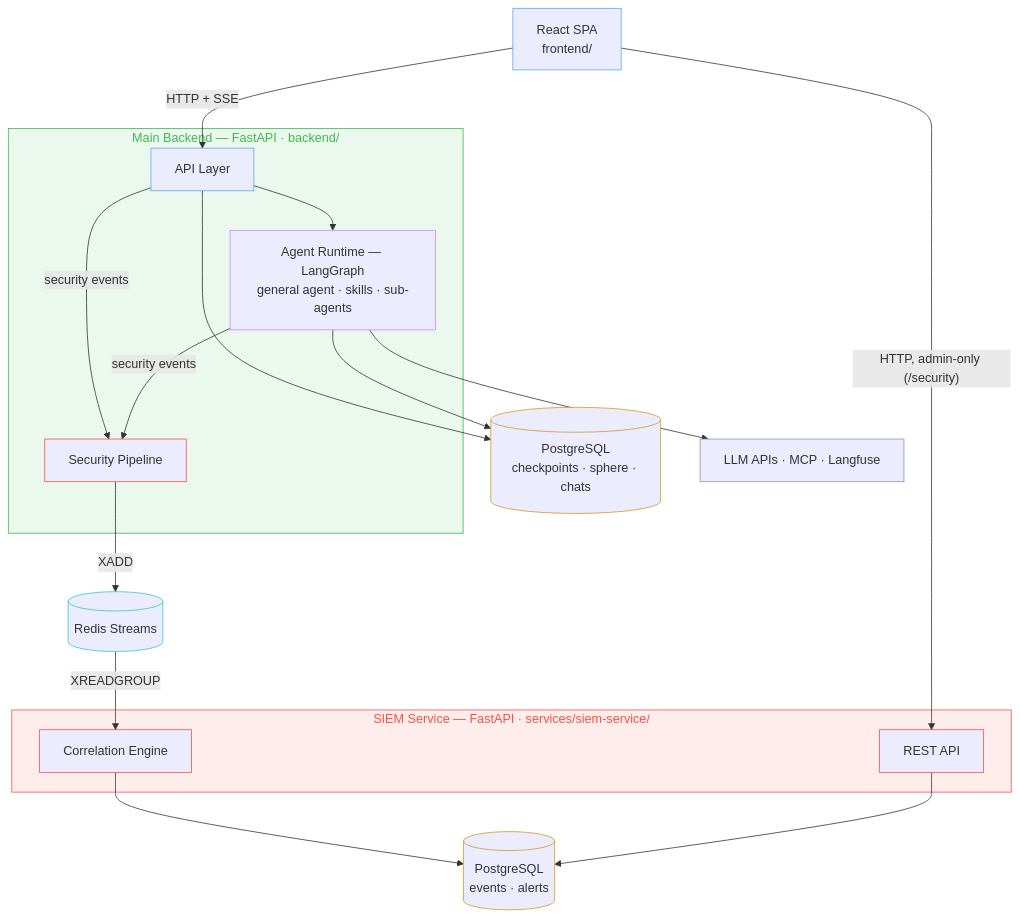
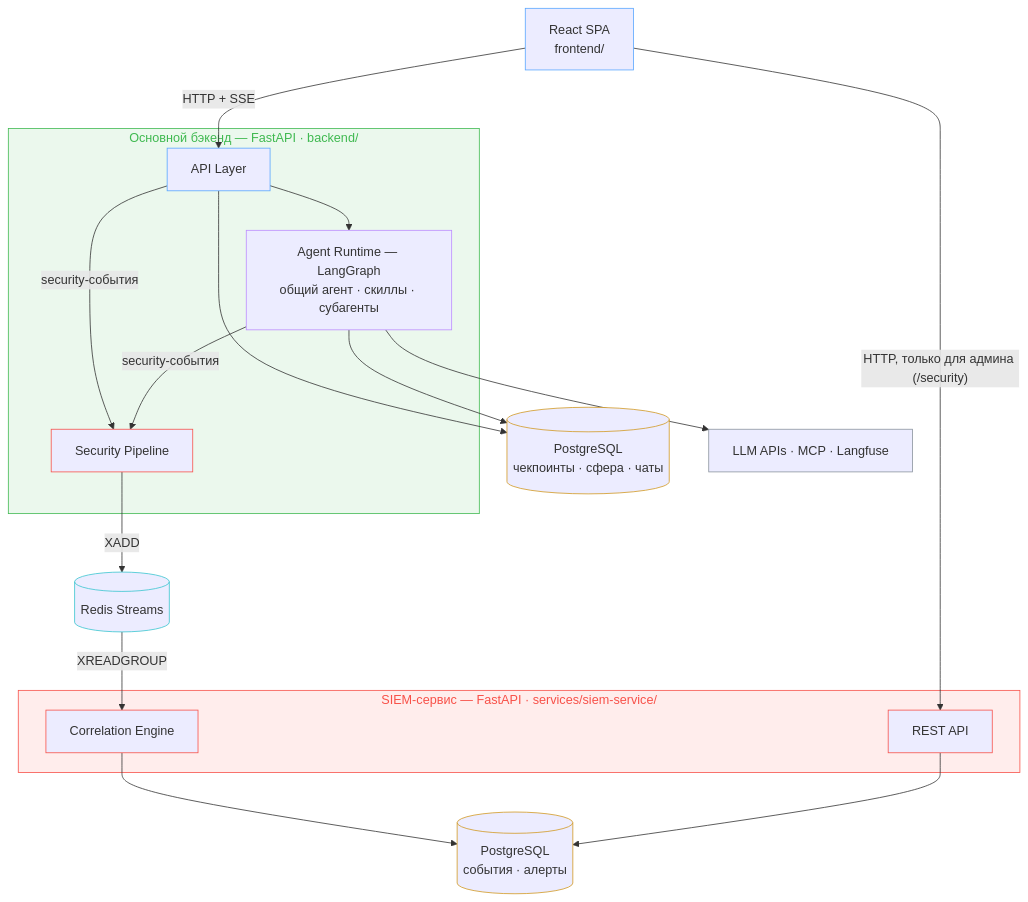
The second of 2 diagrams in README.md (Bbar0n234/learnflow-ai), drawn with Mermaid before and after one commit. The commit also changed other lines of this file and 4 other files, not shown here.

````diff
--- a/README.md
+++ b/README.md
@@ -91,46 +93,46 @@
 ```mermaid
 graph TD
     Frontend["React SPA<br/>frontend/"]
 
-    subgraph Backend["Main Backend — FastAPI · backend/"]
+    subgraph Backend["Основной бэкенд — FastAPI · backend/"]
         API["API Layer"]
-        Runtime["Agent Runtime — LangGraph<br/>general agent · skills · sub-agents"]
+        Runtime["Agent Runtime — LangGraph<br/>общий агент · скиллы · субагенты"]
         SecPipe["Security Pipeline"]
     end
 
-    subgraph SIEM["SIEM Service — FastAPI · services/siem-service/"]
+    subgraph SIEM["SIEM-сервис — FastAPI · services/siem-service/"]
         SiemAPI["REST API"]
         Correlation["Correlation Engine"]
     end
 
-    MainDB[("PostgreSQL<br/>checkpoints · sphere · chats")]
-    SiemDB[("PostgreSQL<br/>events · alerts")]
+    MainDB[("PostgreSQL<br/>чекпоинты · сфера · чаты")]
+    SiemDB[("PostgreSQL<br/>события · алерты")]
     Redis[("Redis Streams")]
     External["LLM APIs · MCP · Langfuse"]
 
     Frontend -->|HTTP + SSE| API
-    Frontend -->|"HTTP, admin-only (/security)"| SiemAPI
+    Frontend -->|"HTTP, только для админа (/security)"| SiemAPI
     API --> Runtime
     API --> MainDB
     Runtime --> MainDB
     Runtime --> External
-    API -->|security events| SecPipe
-    Runtime -->|security events| SecPipe
+    API -->|security-события| SecPipe
+    Runtime -->|security-события| SecPipe
     SecPipe -->|XADD| Redis
     Redis -->|XREADGROUP| Correlation
     Correlation --> SiemDB
     SiemAPI --> SiemDB
 
     style Backend fill:#3fb9501a,stroke:#3fb950,color:#3fb950
     style SIEM fill:#f851491a,stroke:#f85149,color:#f85149
     style Frontend stroke:#58a6ff
     style API stroke:#58a6ff
     style Runtime stroke:#bc8cff
     style SecPipe stroke:#f85149
     style SiemAPI stroke:#f85149
     style Correlation stroke:#f85149
     style MainDB stroke:#d29922
     style SiemDB stroke:#d29922
     style Redis stroke:#39c5cf
     style External stroke:#8b949e
 ```
````
